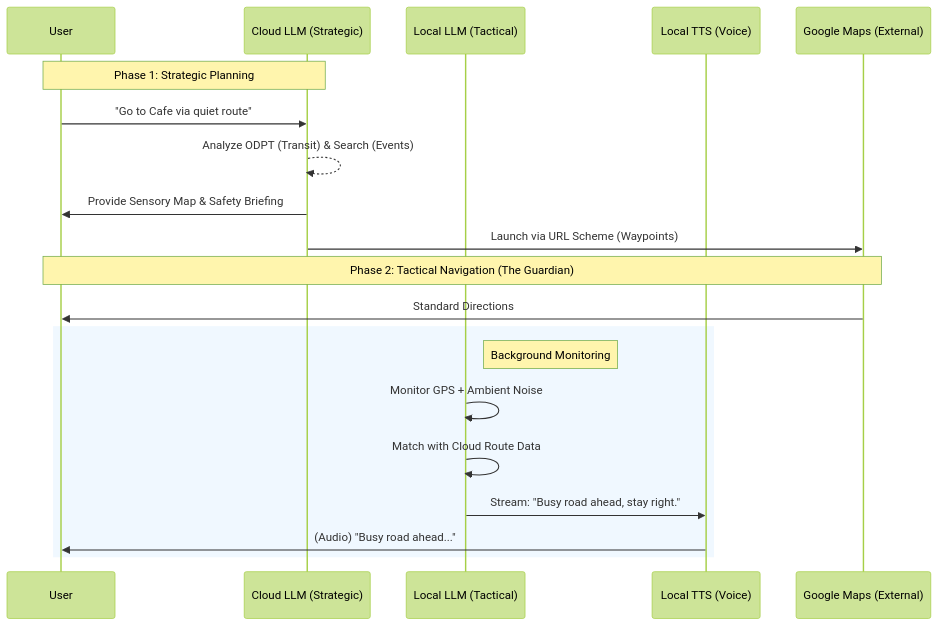
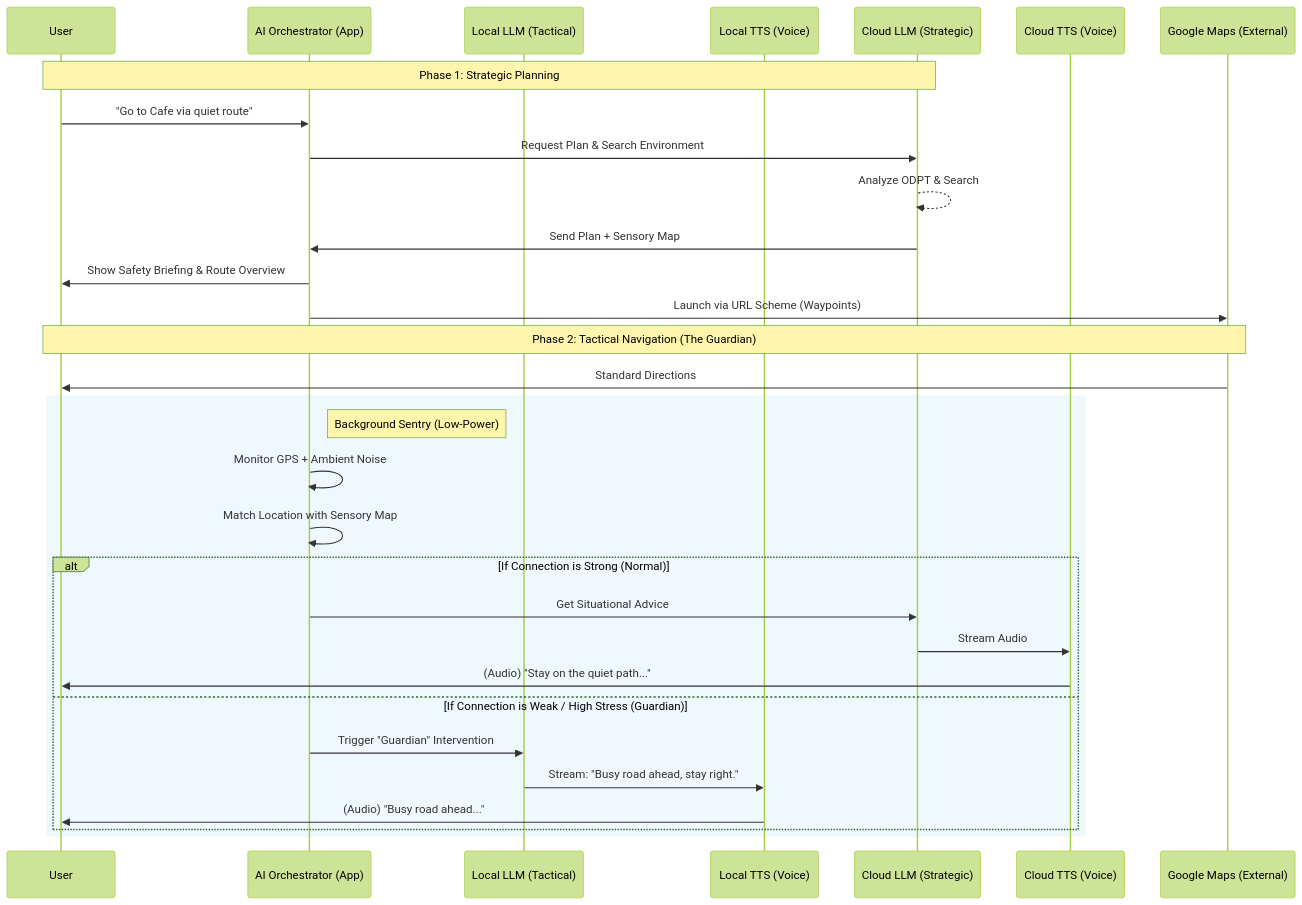
The diagram in docs/feature/ON_DEVICE_AI.md (keiseiisobe/pocket-secure-base), drawn with Mermaid (forest theme) before and after one commit.

Commit message:
updated ON_DEVICE_AI flow diagram

````diff
--- a/docs/feature/ON_DEVICE_AI.md
+++ b/docs/feature/ON_DEVICE_AI.md
@@ -11,24 +11,37 @@
 ```mermaid
 sequenceDiagram
     participant User
-    participant CloudAI as Cloud LLM (Strategic)
+    participant App as AI Orchestrator (App)
     participant LocalAI as Local LLM (Tactical)
     participant LocalTTS as Local TTS (Voice)
+    participant CloudAI as Cloud LLM (Strategic)
+    participant CloudTTS as Cloud TTS (Voice)
     participant NativeMaps as Google Maps (External)
 
     Note over User, CloudAI: Phase 1: Strategic Planning
-    User->>CloudAI: "Go to Cafe via quiet route"
-    CloudAI-->>CloudAI: Analyze ODPT (Transit) & Search (Events)
-    CloudAI->>User: Provide Sensory Map & Safety Briefing
-    CloudAI->>NativeMaps: Launch via URL Scheme (Waypoints)
+    User->>App: "Go to Cafe via quiet route"
+    App->>CloudAI: Request Plan & Search Environment
+    CloudAI-->>CloudAI: Analyze ODPT & Search
+    CloudAI->>App: Send Plan + Sensory Map
+    App->>User: Show Safety Briefing & Route Overview
+    App->>NativeMaps: Launch via URL Scheme (Waypoints)
 
     Note over User, NativeMaps: Phase 2: Tactical Navigation (The Guardian)
     NativeMaps->>User: Standard Directions
+    
     rect rgb(240, 248, 255)
-        Note right of LocalAI: Background Monitoring
-        LocalAI->>LocalAI: Monitor GPS + Ambient Noise
-        LocalAI->>LocalAI: Match with Cloud Route Data
-        LocalAI->>LocalTTS: Stream: "Busy road ahead, stay right."
-        LocalTTS->>User: (Audio) "Busy road ahead..."
+        Note right of App: Background Sentry (Low-Power)
+        App->>App: Monitor GPS + Ambient Noise
+        App->>App: Match Location with Sensory Map
+        
+        alt If Connection is Strong (Normal)
+            App->>CloudAI: Get Situational Advice
+            CloudAI->>CloudTTS: Stream Audio
+            CloudTTS->>User: (Audio) "Stay on the quiet path..."
+        else If Connection is Weak / High Stress (Guardian)
+            App->>LocalAI: Trigger "Guardian" Intervention
+            LocalAI->>LocalTTS: Stream: "Busy road ahead, stay right."
+            LocalTTS->>User: (Audio) "Busy road ahead..."
+        end
     end
 ```
````
